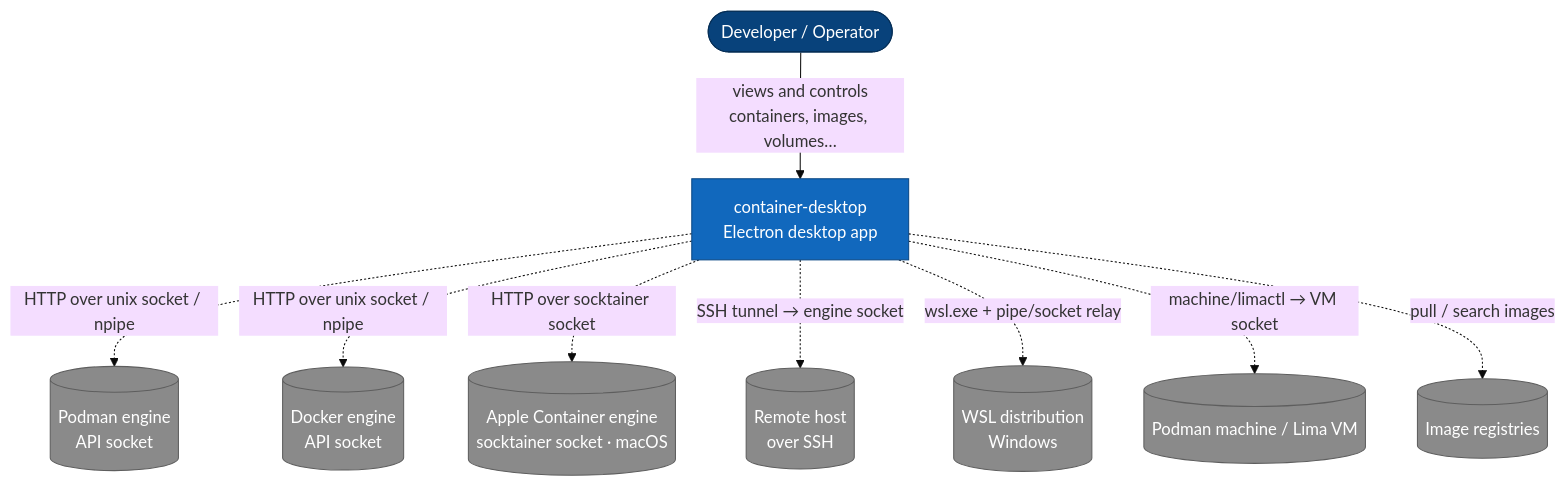
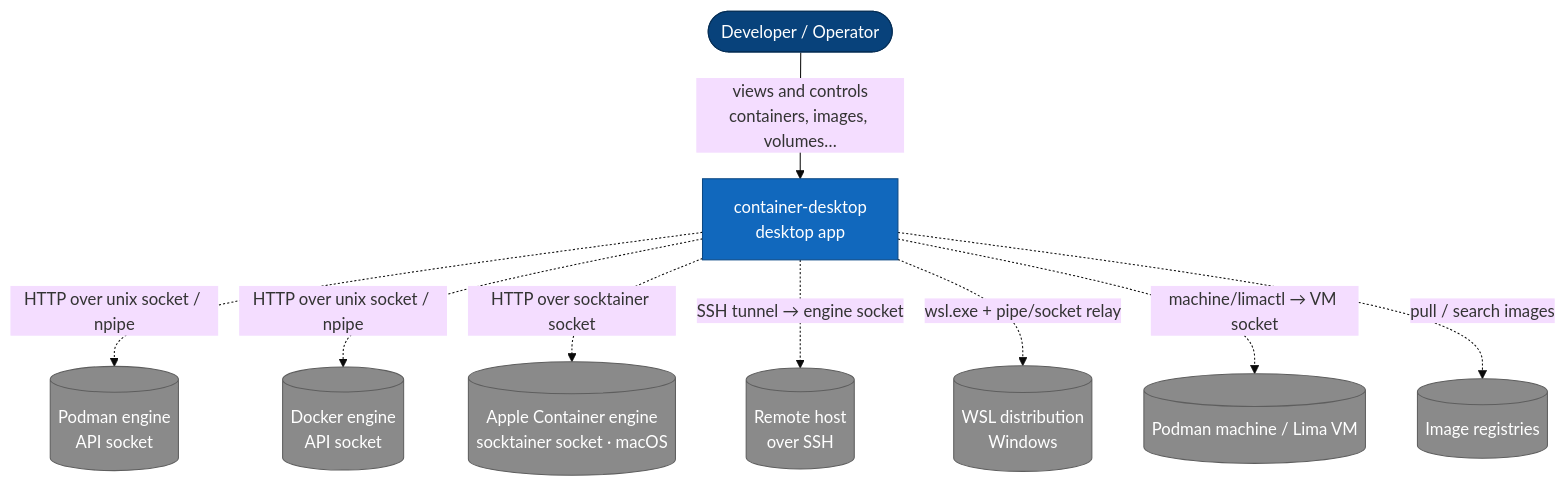
The first of 2 diagrams in docs/architecture/overview.md (iongion/container-desktop), drawn with Mermaid (base theme) before and after one commit. The commit also changed other lines of this file and 1901 other files, not shown here.

````diff
--- a/docs/architecture/overview.md
+++ b/docs/architecture/overview.md
@@ -12,27 +12,27 @@
 ```mermaid
 flowchart TB
   dev([Developer / Operator]):::person
 
-  cd[container-desktop<br/>Electron desktop app]:::system
+  cd[container-desktop<br/>desktop app]:::system
 
   podman[(Podman engine<br/>API socket)]:::external
   docker[(Docker engine<br/>API socket)]:::external
   container[(Apple Container engine<br/>socktainer socket · macOS)]:::external
   ssh[(Remote host<br/>over SSH)]:::external
   wsl[(WSL distribution<br/>Windows)]:::external
   vm[(Podman machine / Lima VM)]:::external
   registry[(Image registries)]:::external
 
   dev -->|views and controls<br/>containers, images, volumes…| cd
   cd -.->|HTTP over unix socket / npipe| podman
   cd -.->|HTTP over unix socket / npipe| docker
   cd -.->|HTTP over socktainer socket| container
   cd -.->|SSH tunnel → engine socket| ssh
   cd -.->|wsl.exe + pipe/socket relay| wsl
   cd -.->|machine/limactl → VM socket| vm
   cd -.->|pull / search images| registry
 
   classDef person fill:#08427b,color:#fff,stroke:#052e56;
   classDef system fill:#1168bd,color:#fff,stroke:#0b4884;
   classDef external fill:#8a8a8a,color:#fff,stroke:#5e5e5e;
 ```
````
